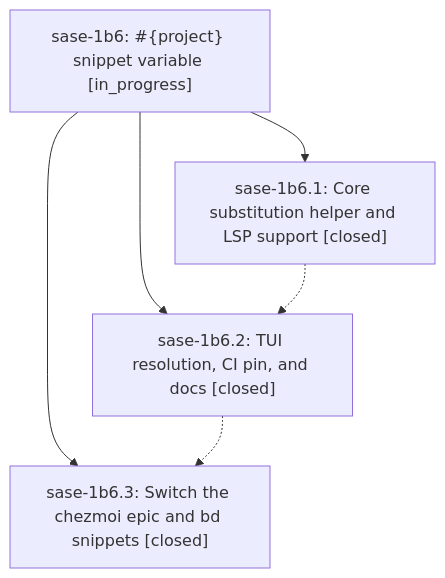
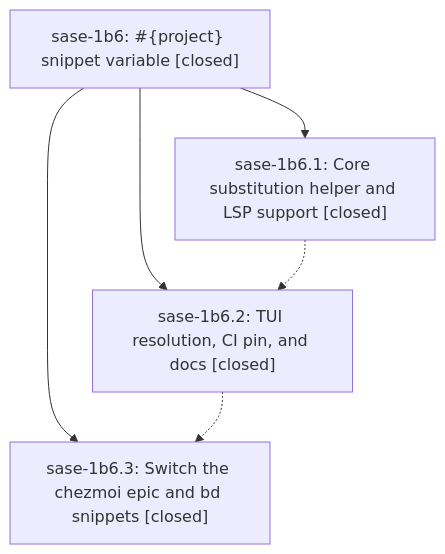
One commit to sase-org/sase--beads changed the diagram in pages/sase-1b6/README.md. Above: the diagram before and after it, drawn with Mermaid. The commit also changed other lines of this file and 1 other file, not shown here.

First line of the commit message:
chore(beads): sync bead state and pages for sase-1b6

````diff
--- a/pages/sase-1b6/README.md
+++ b/pages/sase-1b6/README.md
@@ -36,12 +40,12 @@
 ```mermaid
 flowchart TD
-    n0["sase-1b6: #{project} snippet variable [in_progress]"]
+    n0["sase-1b6: #{project} snippet variable [closed]"]
     n1["sase-1b6.1: Core substitution helper and LSP support [closed]"]
     n2["sase-1b6.2: TUI resolution, CI pin, and docs [closed]"]
     n3["sase-1b6.3: Switch the chezmoi epic and bd snippets [closed]"]
     n0 --> n1
     n0 --> n2
     n0 --> n3
     n1 -.-> n2
     n2 -.-> n3
 ```
````
